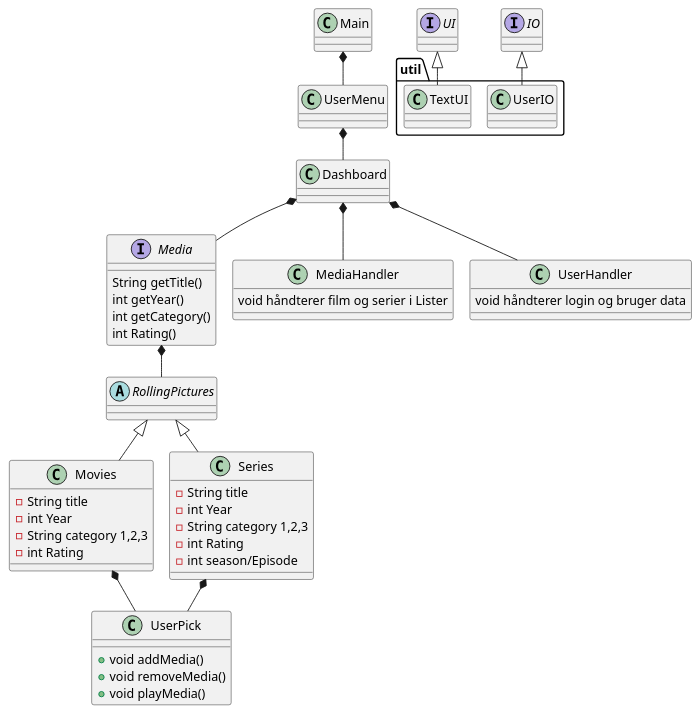
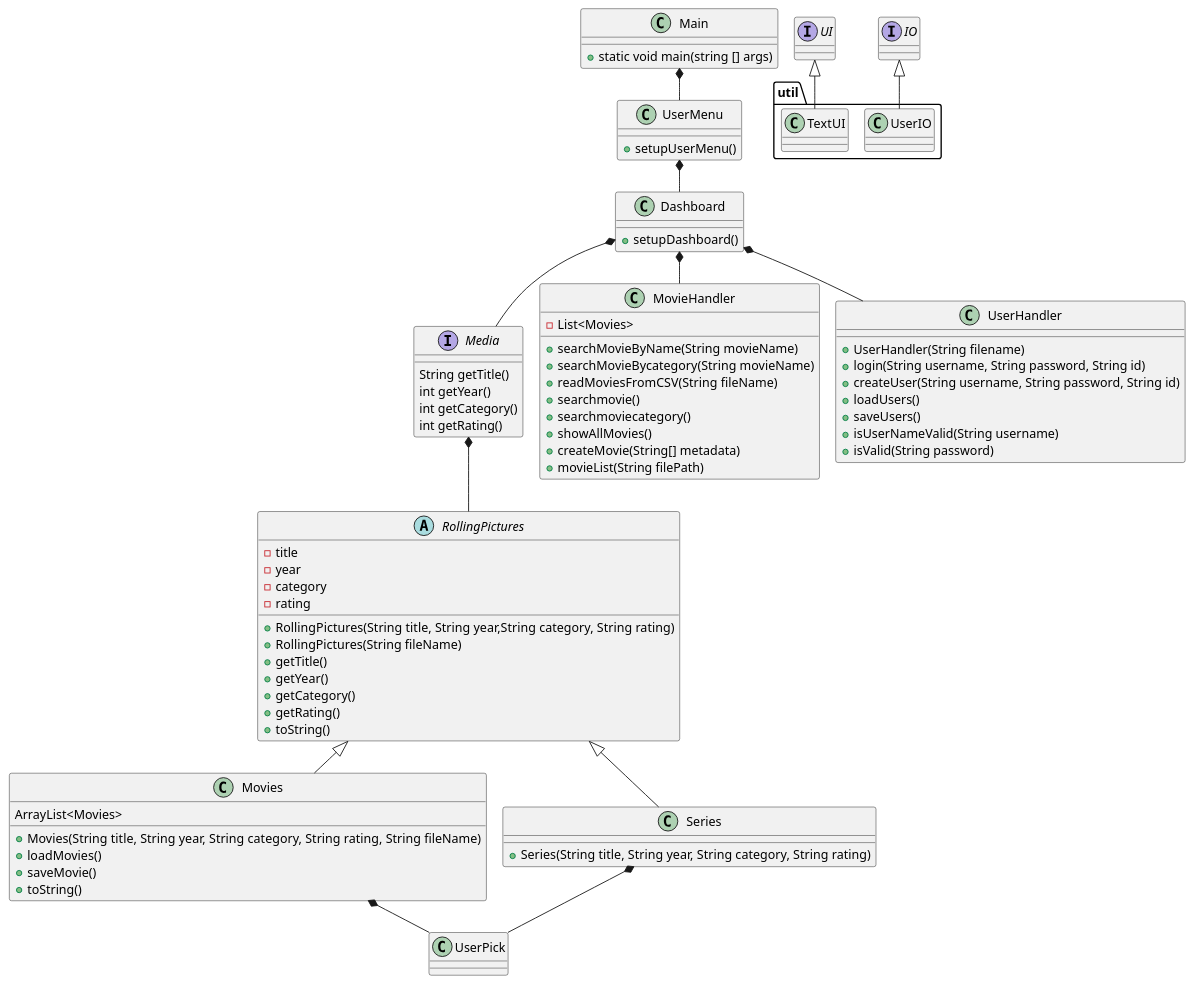
The diagram in doc/Classdiagram.puml (ETHMUNI/SP3-streamingtjeneste), drawn with PlantUML before and after one commit.

```diff
--- a/doc/Classdiagram.puml
+++ b/doc/Classdiagram.puml
@@ -1,64 +1,88 @@
 @startuml
 'https://plantuml.com/class-diagram
 !pragma layout smetana
 
 interface Media
 class Main
 class Movies
 class Series
 class UserMenu
 class Dashboard
-class UserPick
-class MediaHandler
+class MovieHandler
 class UserHandler
 interface UI
 interface IO
 abstract RollingPictures
-
-
 
 package "util"{
 class TextUI
 class UserIO
 }
 
 Media : String getTitle()
 Media : int getYear()
 Media : int getCategory()
-Media : int Rating()
+Media : int getRating()
 
-Movies : - String title
-Movies : - int Year
-Movies : - String category 1,2,3
-Movies : - int Rating
+Main : + static void main(string [] args)
 
-Series : - String title
-Series : - int Year
-Series : - String category 1,2,3
-Series : - int Rating
-Series : - int season/Episode
+Movies : ArrayList<Movies>
+Movies : + Movies(String title, String year, String category, String rating, String fileName)
+Movies : + loadMovies()
+Movies : + saveMovie()
+Movies : + toString()
 
-UserPick : + void addMedia()
-UserPick : + void removeMedia()
-UserPick : + void playMedia()
-UserHandler : void håndterer login og bruger data
-MediaHandler : void håndterer film og serier i Lister
+Series : + Series(String title, String year, String category, String rating)
+
+UserMenu : + setupUserMenu()
+
+Dashboard : + setupDashboard()
+
+MovieHandler : - List<Movies>
+MovieHandler : + searchMovieByName(String movieName)
+MovieHandler : + searchMovieBycategory(String movieName)
+MovieHandler : + readMoviesFromCSV(String fileName)
+MovieHandler : + searchmovie()
+MovieHandler : + searchmoviecategory()
+MovieHandler : + showAllMovies()
+MovieHandler : + createMovie(String[] metadata)
+MovieHandler : + movieList(String filePath)
+
+UserHandler : + UserHandler(String filename)
+UserHandler : + login(String username, String password, String id)
+UserHandler : + createUser(String username, String password, String id)
+UserHandler : + loadUsers()
+UserHandler : + saveUsers()
+UserHandler : + isUserNameValid(String username)
+UserHandler : + isValid(String password)
+
+RollingPictures : - title
+RollingPictures : - year
+RollingPictures : - category
+RollingPictures : - rating
+RollingPictures : + RollingPictures(String title, String year,String category, String rating)
+RollingPictures : + RollingPictures(String fileName)
+RollingPictures : + getTitle()
+RollingPictures : + getYear()
+RollingPictures : + getCategory()
+RollingPictures : + getRating()
+RollingPictures : + toString()
 
 Main *-- UserMenu
 UserMenu *-- Dashboard
 Dashboard *--Media
 Dashboard *-- UserHandler
-Dashboard *-- MediaHandler
+Dashboard *-- MovieHandler
 Media *-- RollingPictures
 
 RollingPictures <|-- Movies
 RollingPictures <|-- Series
 Movies *-- UserPick
 Series *-- UserPick
 
 UI <|-- TextUI
 IO <|-- UserIO
 
 
 
 @enduml
```
